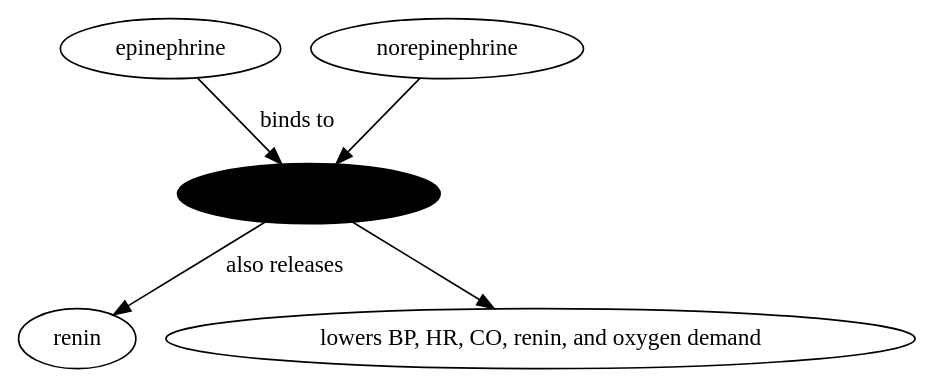
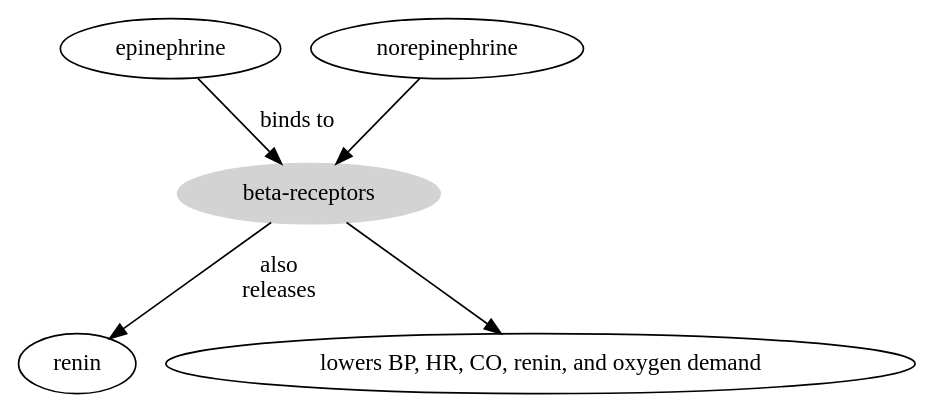
One commit to meirisoda/school_spring2024 changed the second of 2 diagrams in NURS380_Practicum/Topics/Pharmacology/Cardiology Basics.md. Above: the diagram before and after it, drawn with Graphviz.

Commit message:
vault backup: 2024-02-19 16:34:45

````diff
--- a/NURS380_Practicum/Topics/Pharmacology/Cardiology Basics.md
+++ b/NURS380_Practicum/Topics/Pharmacology/Cardiology Basics.md
@@ -38,14 +38,14 @@
 ```dot
 digraph G {
-	A [label="beta-receptors", style=filled, color=li];
+	A [label="beta-receptors", style=filled, color=lightgrey];
 	B [label="epinephrine"];
 	C [label="norepinephrine"];
 	D [label="renin"];
 	E [label="lowers BP, HR, CO, renin, and oxygen demand"];
 
 	B -> A [label="binds to"];
 	C -> A
-	A -> D [label="also releases"];
+	A -> D [label="also\nreleases"];
 	A -> E 
 }
 ```
````
